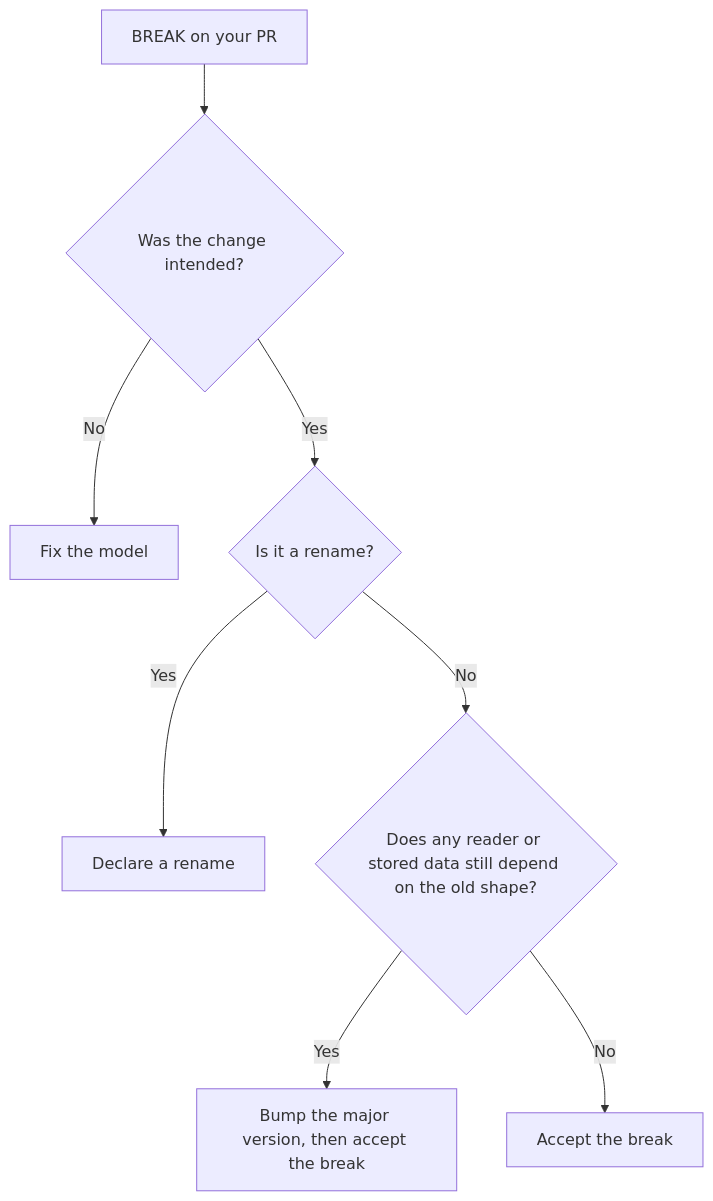
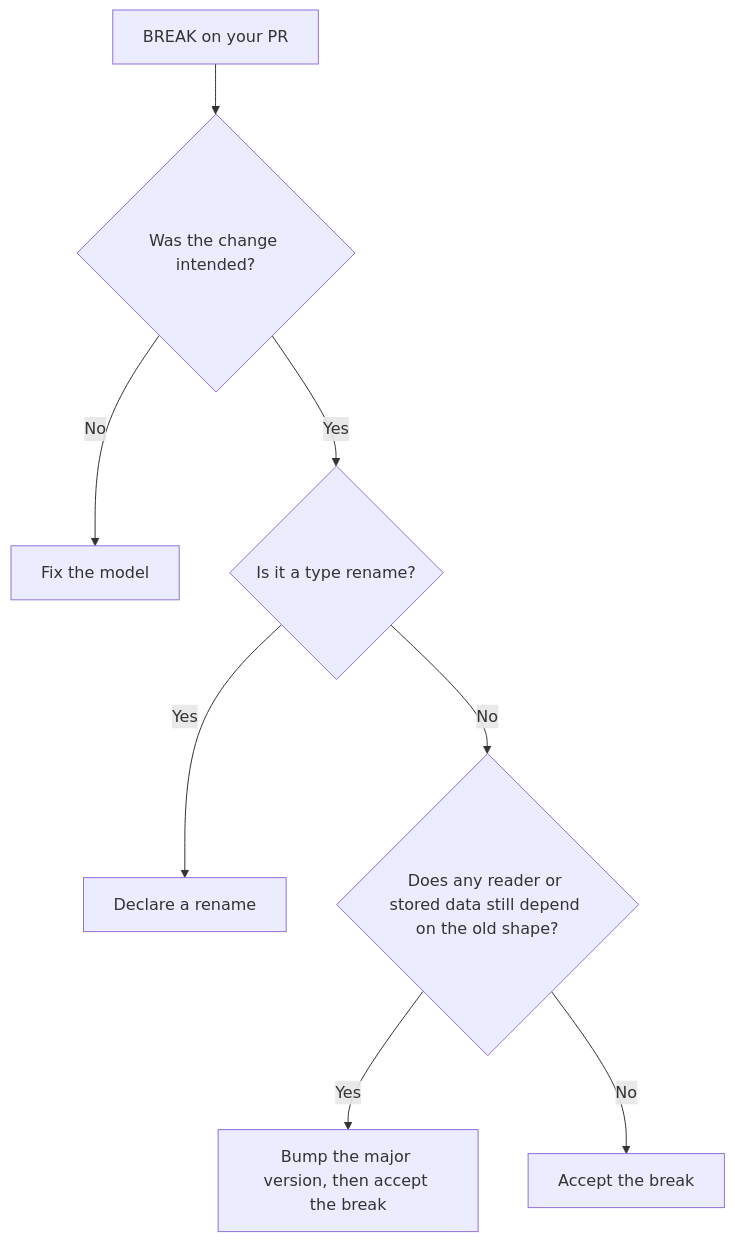
Before and after one commit to chrisjenx/serialkompat: the diagram in docs/got-a-break.md, drawn with Mermaid. The commit also changed other lines of this file and 4 other files, not shown here.

````diff
--- a/docs/got-a-break.md
+++ b/docs/got-a-break.md
@@ -8,10 +9,10 @@
 ```mermaid
 flowchart TD
     A[BREAK on your PR] --> B{Was the change intended?}
     B -- No --> F[Fix the model]
-    B -- Yes --> C{Is it a rename?}
+    B -- Yes --> C{Is it a type rename?}
     C -- Yes --> R[Declare a rename]
     C -- No --> D{Does any reader or stored data still depend on the old shape?}
     D -- Yes --> M[Bump the major version, then accept the break]
     D -- No --> X[Accept the break]
 ```
````
